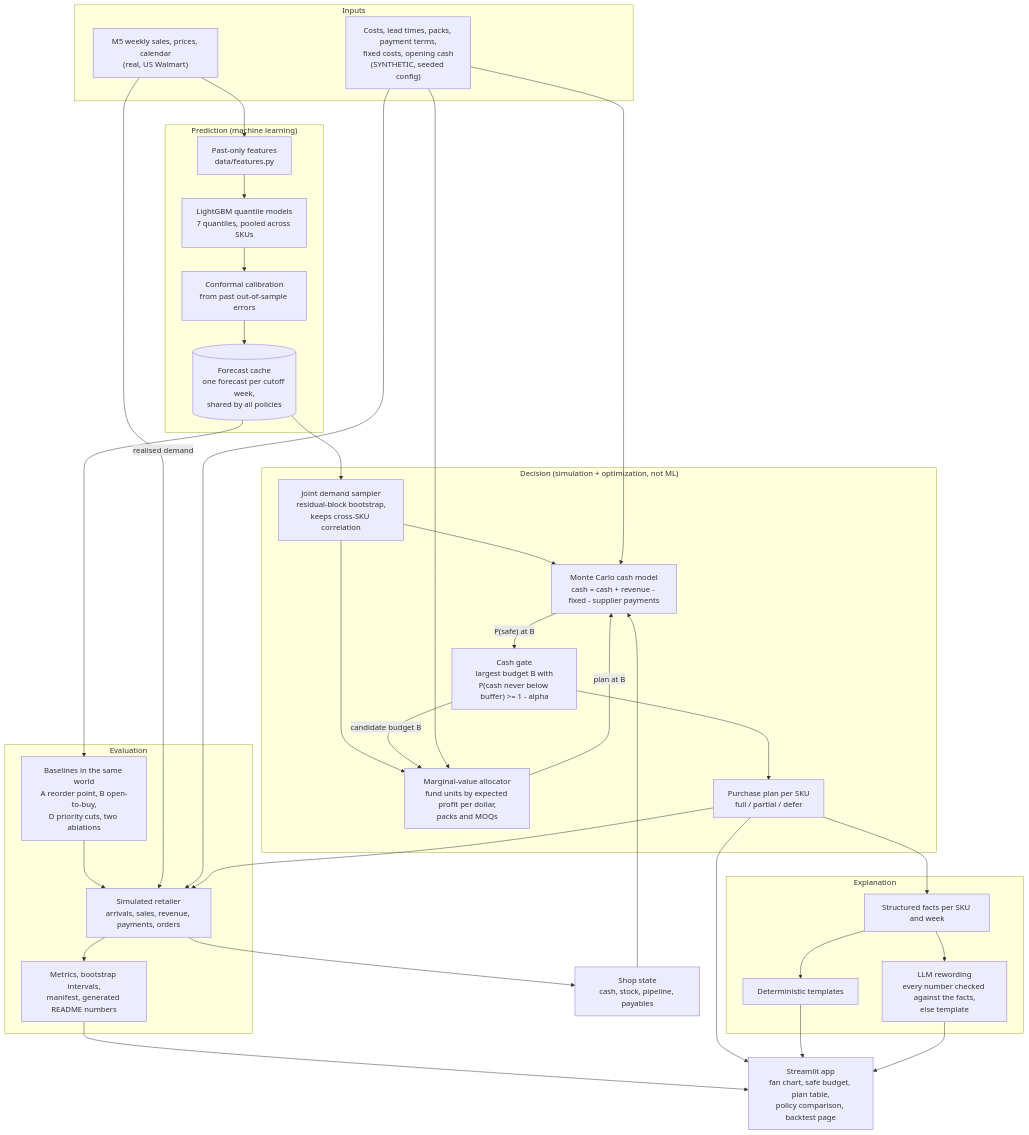
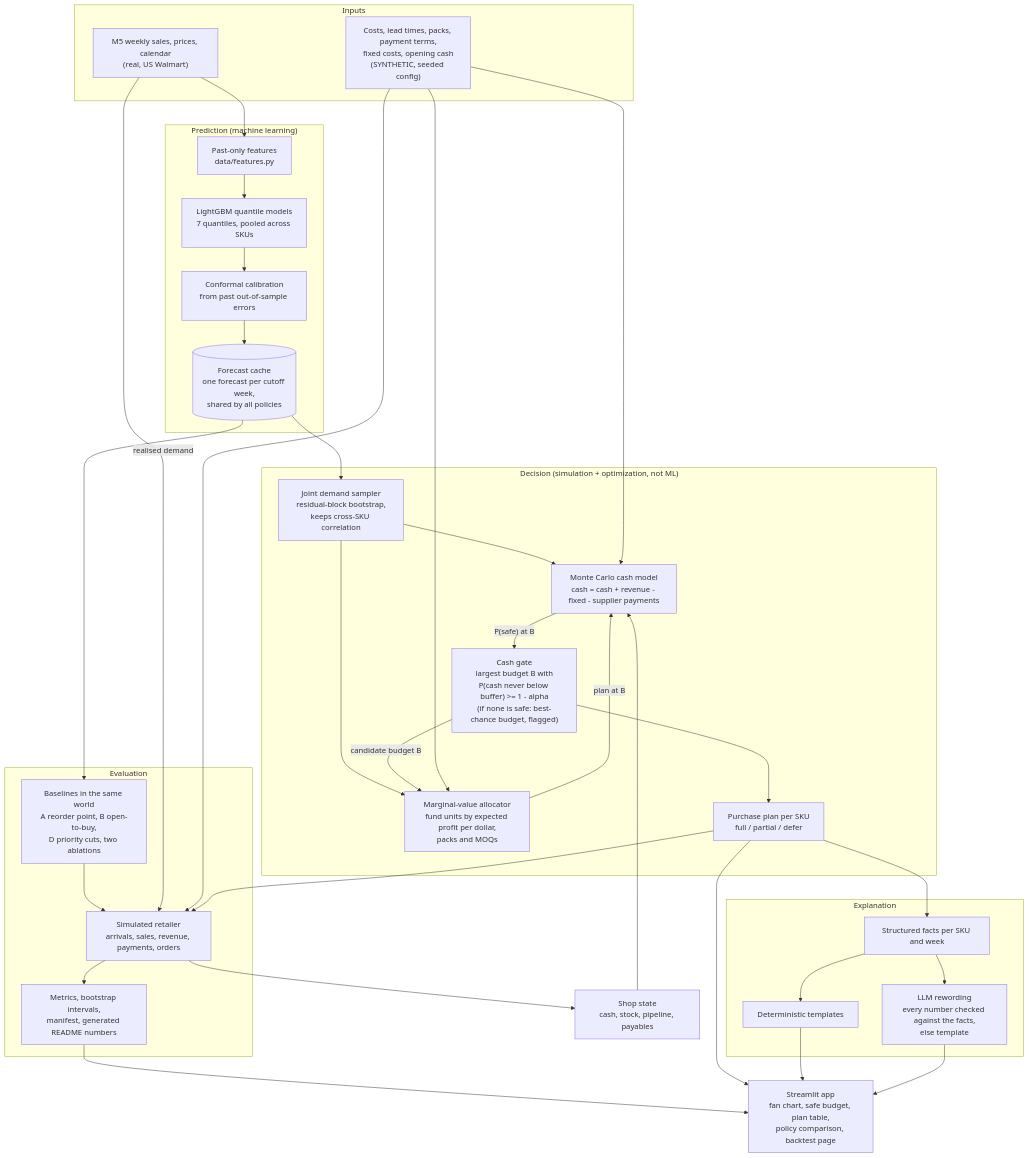
Before and after one commit to advaitarunnair/safetobuy: the diagram in docs/architecture.md, drawn with Mermaid. The commit also changed other lines of this file and 56 other files, not shown here.

````diff
--- a/docs/architecture.md
+++ b/docs/architecture.md
@@ -5,61 +5,61 @@
 ```mermaid
 flowchart TB
     subgraph IN["Inputs"]
         M5["M5 weekly sales, prices, calendar<br/>(real, US Walmart)"]
         SYN["Costs, lead times, packs, payment terms,<br/>fixed costs, opening cash<br/>(SYNTHETIC, seeded config)"]
     end
 
     subgraph ML["Prediction (machine learning)"]
         FE["Past-only features<br/>data/features.py"]
         LGB["LightGBM quantile models<br/>7 quantiles, pooled across SKUs"]
         CONF["Conformal calibration<br/>from past out-of-sample errors"]
         CACHE[("Forecast cache<br/>one forecast per cutoff week,<br/>shared by all policies")]
         FE --> LGB --> CONF --> CACHE
     end
 
     subgraph DEC["Decision (simulation + optimization, not ML)"]
         SAMP["Joint demand sampler<br/>residual-block bootstrap,<br/>keeps cross-SKU correlation"]
         CASH["Monte Carlo cash model<br/>cash = cash + revenue - fixed - supplier payments"]
-        GATE["Cash gate<br/>largest budget B with<br/>P(cash never below buffer) >= 1 - alpha"]
+        GATE["Cash gate<br/>largest budget B with<br/>P(cash never below buffer) >= 1 - alpha<br/>(if none is safe: best-chance budget, flagged)"]
         ALLOC["Marginal-value allocator<br/>fund units by expected profit per dollar,<br/>packs and MOQs"]
         PLAN["Purchase plan per SKU<br/>full / partial / defer"]
         SAMP --> CASH
         SAMP --> ALLOC
         GATE -- "candidate budget B" --> ALLOC
         ALLOC -- "plan at B" --> CASH
         CASH -- "P(safe) at B" --> GATE
         GATE --> PLAN
     end
 
     subgraph EXP["Explanation"]
         FACTS["Structured facts per SKU and week"]
         TPL["Deterministic templates"]
         LLM["LLM rewording<br/>every number checked against the facts,<br/>else template"]
         FACTS --> TPL
         FACTS --> LLM
     end
 
     subgraph EVAL["Evaluation"]
         WORLD["Simulated retailer<br/>arrivals, sales, revenue, payments, orders"]
         BASE["Baselines in the same world<br/>A reorder point, B open-to-buy,<br/>D priority cuts, two ablations"]
         MET["Metrics, bootstrap intervals,<br/>manifest, generated README numbers"]
         WORLD --> MET
         BASE --> WORLD
     end
 
     M5 --> FE
     M5 -- "realised demand" --> WORLD
     SYN --> CASH
     SYN --> ALLOC
     SYN --> WORLD
     CACHE --> SAMP
     CACHE --> BASE
     STATE["Shop state<br/>cash, stock, pipeline, payables"] --> CASH
     WORLD --> STATE
     PLAN --> WORLD
     PLAN --> FACTS
     MET --> APP["Streamlit app<br/>fan chart, safe budget, plan table,<br/>policy comparison, backtest page"]
     PLAN --> APP
     TPL --> APP
     LLM --> APP
 ```
````
